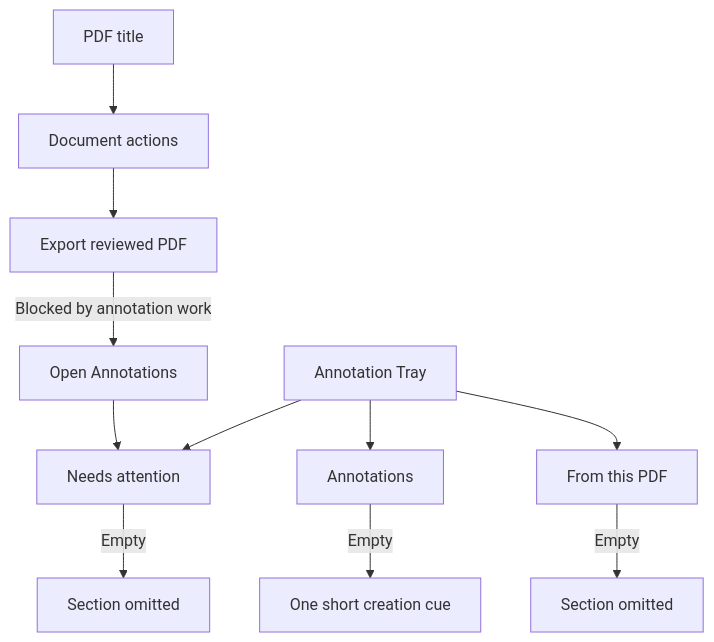
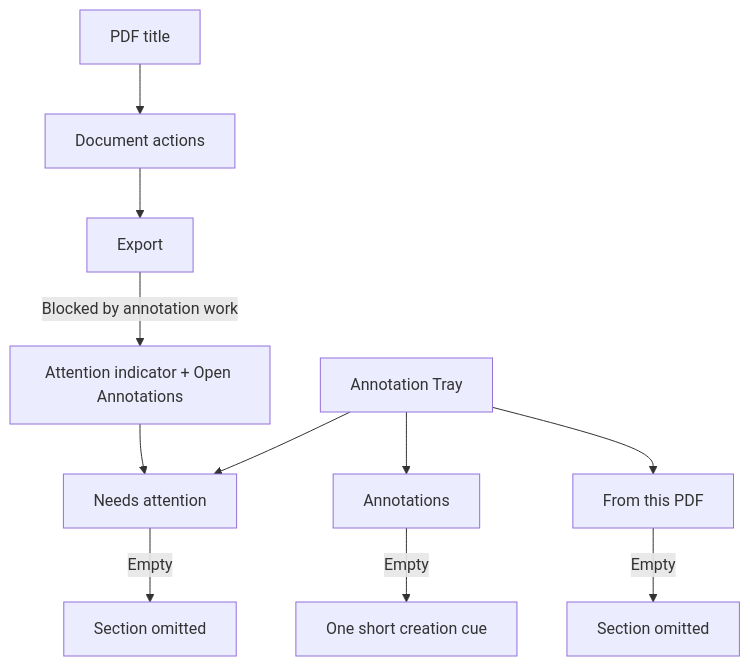
One commit to brad-ross/placekeeper changed the first of 4 diagrams in docs/plans/2026-08-31-2053-feat-streamlined-annotation-tray-export-plan.md. Above: the diagram before and after it, drawn with Mermaid. The commit also changed other lines of this file and 22 other files, not shown here.

````diff
--- a/docs/plans/2026-08-31-2053-feat-streamlined-annotation-tray-export-plan.md
+++ b/docs/plans/2026-08-31-2053-feat-streamlined-annotation-tray-export-plan.md
@@ -77,13 +82,13 @@
 ```mermaid
 flowchart TB
   TITLE[PDF title] --> MENU[Document actions]
-  MENU --> EXPORT[Export reviewed PDF]
-  EXPORT -->|Blocked by annotation work| LINK[Open Annotations]
-  LINK --> ATTENTION[Needs attention]
+  MENU --> EXPORT[Export]
+  EXPORT -->|Blocked by annotation work| BLOCKER[Attention indicator + Open Annotations]
+  BLOCKER --> ATTENTION[Needs attention]
   TRAY[Annotation Tray] --> ATTENTION
   TRAY --> OWNED[Annotations]
   TRAY --> EXTERNAL[From this PDF]
   ATTENTION -->|Empty| HIDE1[Section omitted]
   EXTERNAL -->|Empty| HIDE2[Section omitted]
   OWNED -->|Empty| CUE[One short creation cue]
 ```
````
